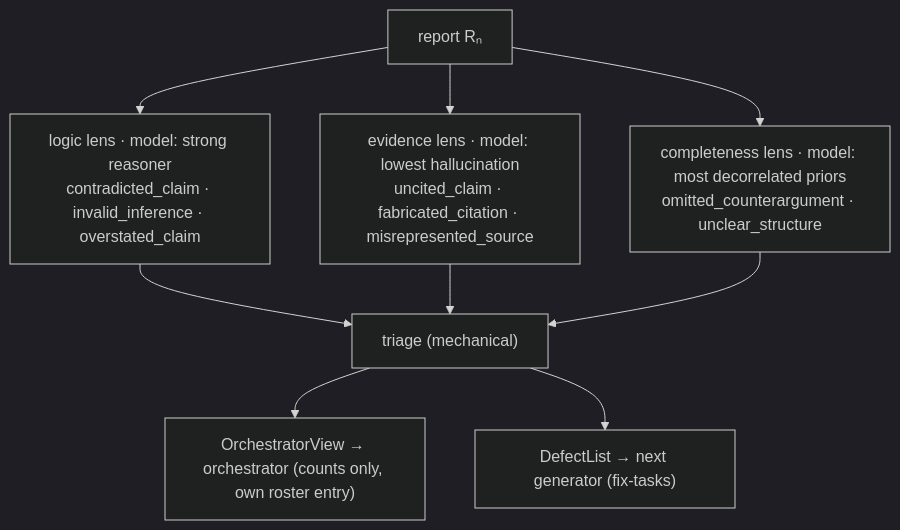
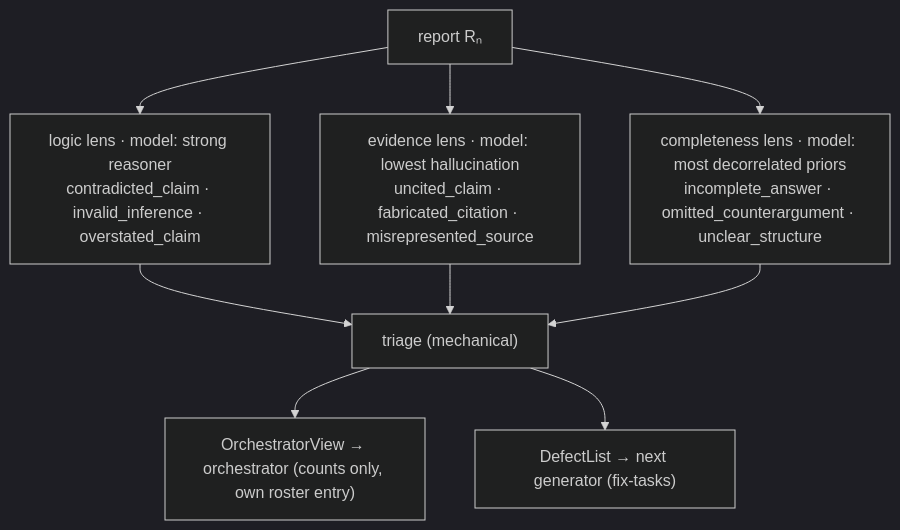
The second of 5 diagrams in docs/architecture.md (NickBorgers/reasonable-answer), drawn with Mermaid (dark theme) before and after one commit. The commit also changed 12 other files, not shown here.

````diff
--- a/docs/architecture.md
+++ b/docs/architecture.md
@@ -78,11 +78,11 @@
 ```mermaid
 flowchart TD
     R["report Rₙ"] --> L1["logic lens · model: strong reasoner<br/>contradicted_claim · invalid_inference · overstated_claim"]
     R --> L2["evidence lens · model: lowest hallucination<br/>uncited_claim · fabricated_citation · misrepresented_source"]
-    R --> L3["completeness lens · model: most decorrelated priors<br/>omitted_counterargument · unclear_structure"]
+    R --> L3["completeness lens · model: most decorrelated priors<br/>incomplete_answer · omitted_counterargument · unclear_structure"]
     L1 --> TR["triage (mechanical)"]
     L2 --> TR
     L3 --> TR
     TR --> SR["OrchestratorView → orchestrator (counts only, own roster entry)"]
     TR --> DL["DefectList → next generator (fix-tasks)"]
 ```
````
